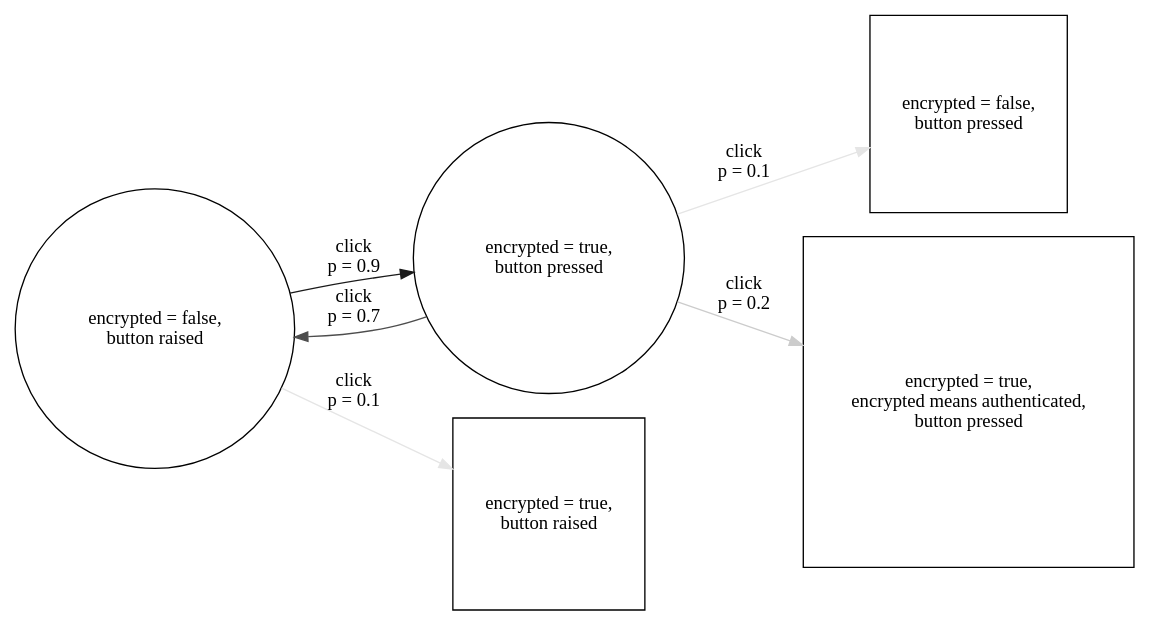
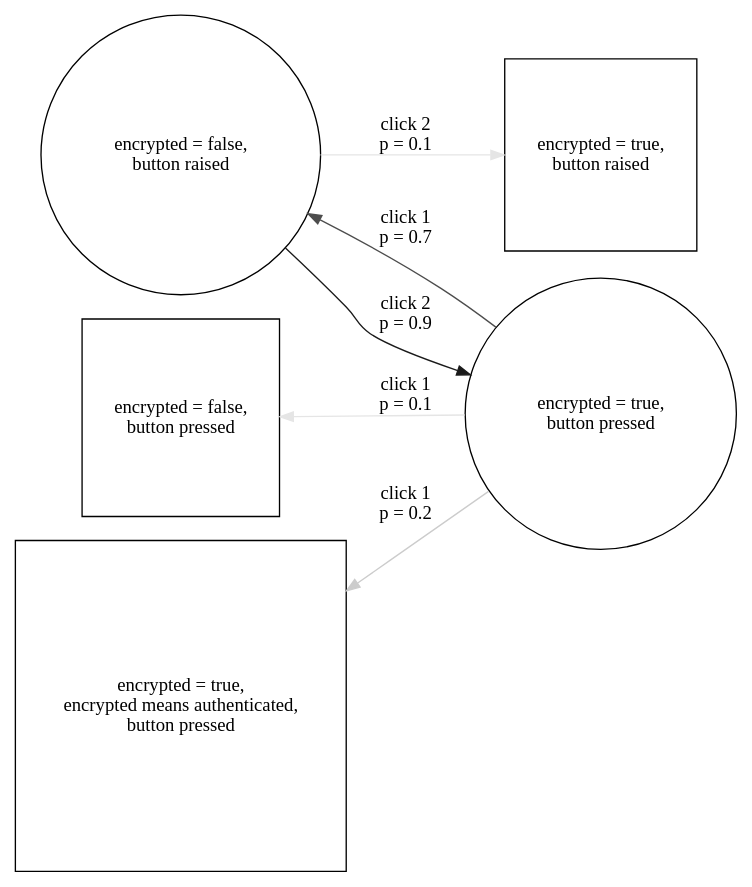
One commit to adrifelt/ux-model-graphs changed the diagram in 03-simple-boolean-with-orthogonal-states.dot. Above: the diagram before and after it, drawn with Graphviz. The commit also changed 1 other file, not shown here.

```diff
--- a/03-simple-boolean-with-orthogonal-states.dot
+++ b/03-simple-boolean-with-orthogonal-states.dot
@@ -1,23 +1,26 @@
 digraph "02-simple-boolean-with-confusion" {
   rankdir = LR;
   node [
     shape = circle
   ];
 
   off [ label = "encrypted = false,\nbutton raised" ];
   on [ label = "encrypted = true,\nbutton pressed" ];
 
   off_confused [ label = "encrypted = true,\nbutton raised", shape = square ];
   on_confused [ label = "encrypted = false,\nbutton pressed", shape = square ];
   on_overconfident [
     label = "encrypted = true,\nencrypted means authenticated,\nbutton pressed",
     shape = square
   ];
 
-  on -> on_confused [ label = "click\np = 0.1", color = grey90 ];
-  on -> on_overconfident [ label = "click\np = 0.2", color = grey80 ];
-  on -> off [ label = "click\np = 0.7", color = grey30 ];
+  subgraph { rank = same; on_confused; on_overconfident; off; }
+  subgraph { rank = same; off_confused; on; }
 
-  off -> off_confused [ label = "click\np = 0.1", color = grey90 ];
-  off -> on [ label = "click\np = 0.9", color = grey10];
+  on -> on_confused [ label = "click 1\np = 0.1", color = grey90 ];
+  on -> on_overconfident [ label = "click 1\np = 0.2", color = grey80 ];
+  on -> off [ label = "click 1\np = 0.7", color = grey30 ];
+
+  off -> off_confused [ label = "click 2\np = 0.1", color = grey90 ];
+  off -> on [ label = "click 2\np = 0.9", color = grey10];
 }
```
